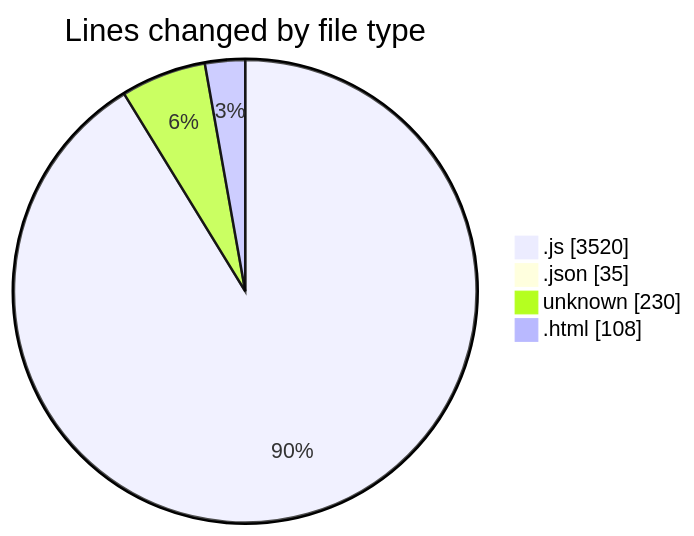
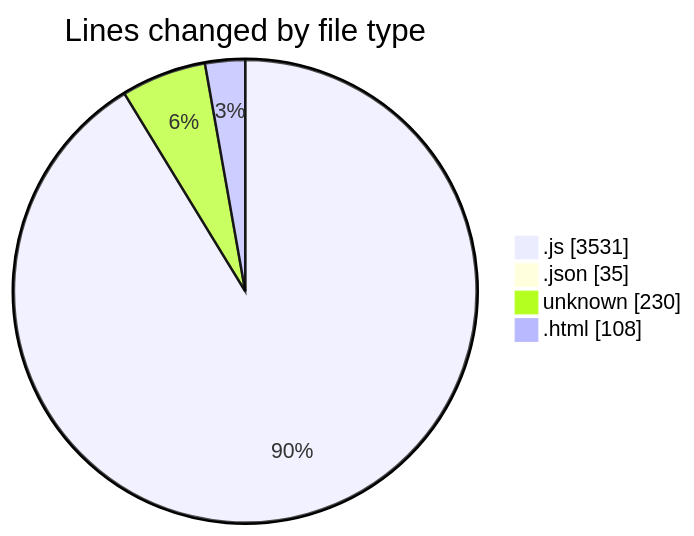
The first of 2 diagrams in 2026-02-20/bot_i_a/README.md (becaeroporto-bot/code-tracking), drawn with Mermaid before and after one commit. The commit also changed other lines of this file and 1 other file, not shown here.

````diff
--- a/2026-02-20/bot_i_a/README.md
+++ b/2026-02-20/bot_i_a/README.md
@@ -44,8 +44,8 @@
 ```mermaid
 pie showData
 title Lines changed by file type
-".js" : 3520
+".js" : 3531
 ".json" : 35
 "unknown" : 230
 ".html" : 108
 ```
````
